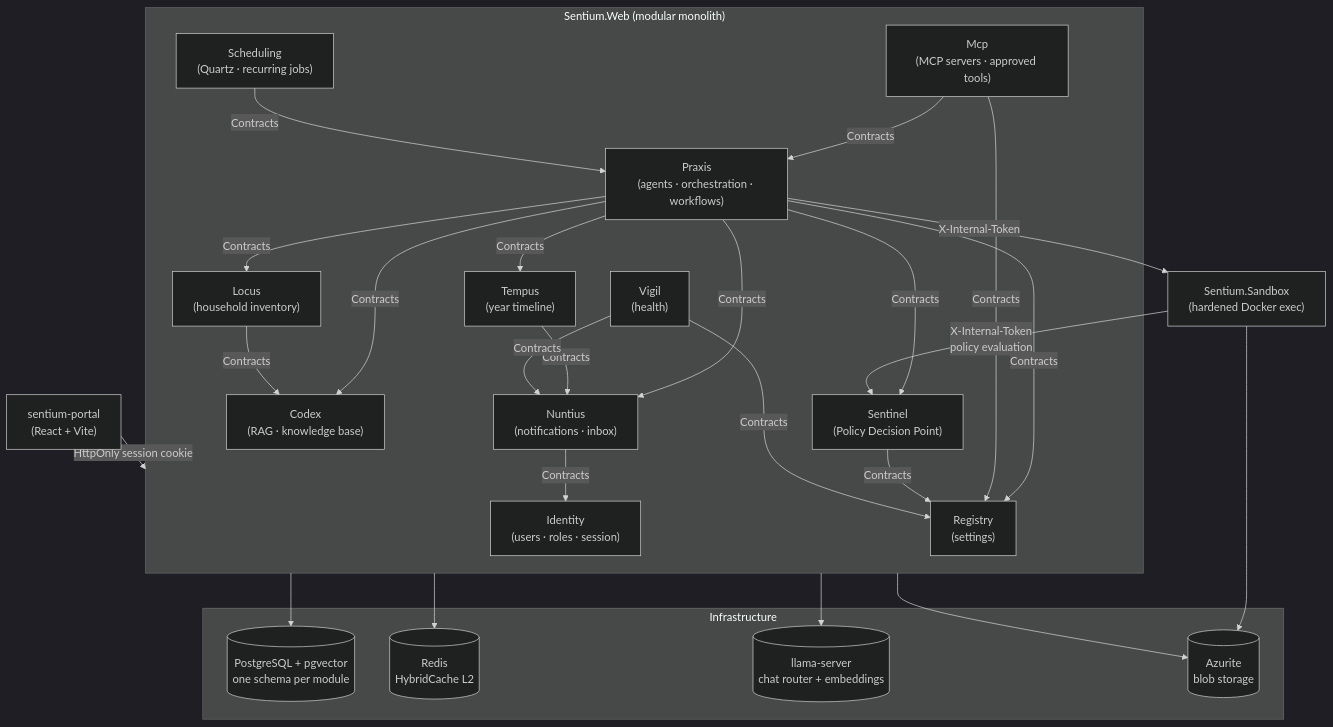
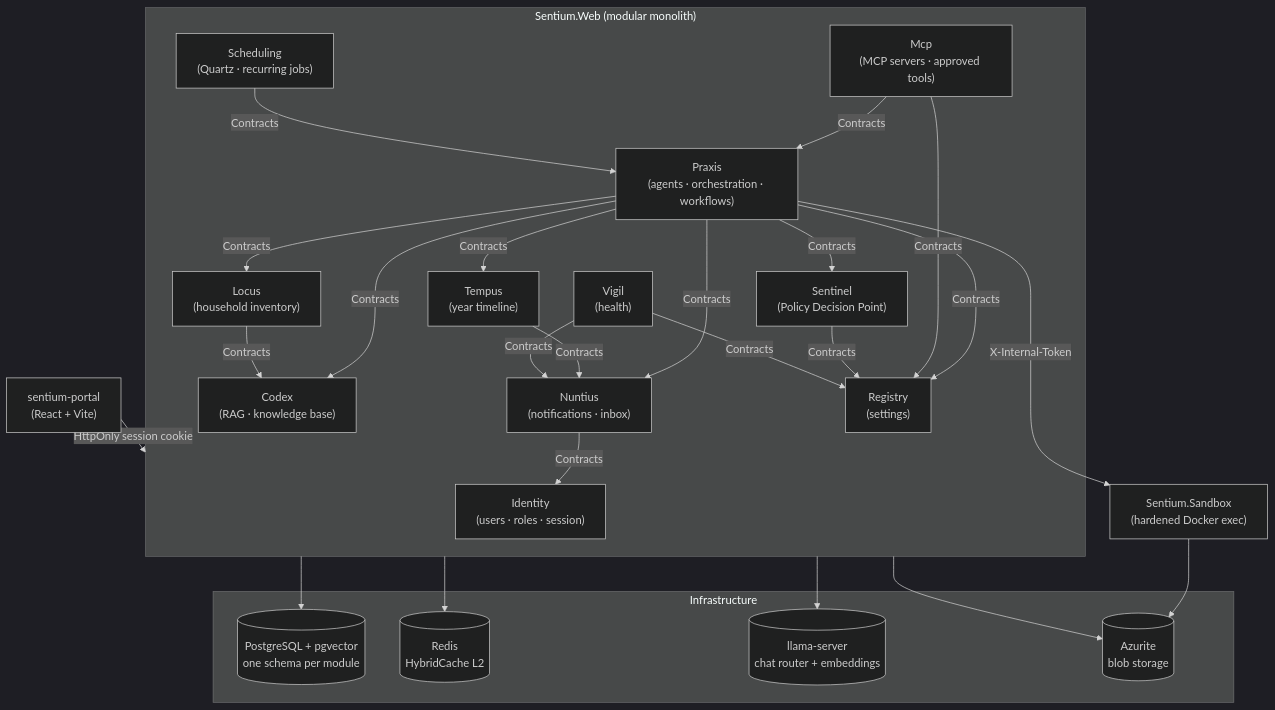
The diagram in README.md (mihailshterev/sentium), drawn with Mermaid (dark theme) before and after one commit. The commit also changed other lines of this file and 36 other files, not shown here.

Commit message:
refactor(security): authorize sandbox runs in-process and isolate sidecars on internal networks (#192)

````diff
--- a/README.md
+++ b/README.md
@@ -59,42 +59,41 @@
 ```mermaid
 flowchart TB
     Portal["sentium-portal<br/>(React + Vite)"]
 
     Portal -->|HttpOnly session cookie| Web
 
     subgraph Web["Sentium.Web (modular monolith)"]
         Identity["Identity<br/>(users · roles · session)"]
         Praxis["Praxis<br/>(agents · orchestration · workflows)"]
         Mcp["Mcp<br/>(MCP servers · approved tools)"]
         Scheduling["Scheduling<br/>(Quartz · recurring jobs)"]
         Codex["Codex<br/>(RAG · knowledge base)"]
         Locus["Locus<br/>(household inventory)"]
         Tempus["Tempus<br/>(year timeline)"]
         Nuntius["Nuntius<br/>(notifications · inbox)"]
         Sentinel["Sentinel<br/>(Policy Decision Point)"]
         Registry["Registry<br/>(settings)"]
         Vigil["Vigil<br/>(health)"]
     end
 
     Praxis -->|Contracts| Codex & Sentinel & Registry & Locus & Tempus & Nuntius
     Mcp -->|Contracts| Praxis & Registry
     Scheduling -->|Contracts| Praxis
     Locus -->|Contracts| Codex
     Tempus -->|Contracts| Nuntius
     Nuntius -->|Contracts| Identity
     Sentinel -->|Contracts| Registry
     Vigil -->|Contracts| Registry & Nuntius
 
     Praxis -->|X-Internal-Token| Sandbox["Sentium.Sandbox<br/>(hardened Docker exec)"]
-    Sandbox -->|X-Internal-Token<br/>policy evaluation| Sentinel
 
     subgraph Infrastructure
         PG[("PostgreSQL + pgvector<br/>one schema per module")]
         Redis[("Redis<br/>HybridCache L2")]
         LLM[("llama-server<br/>chat router + embeddings")]
         Blobs[("Azurite<br/>blob storage")]
     end
 
     Web --> PG & Redis & LLM & Blobs
     Sandbox --> Blobs
 ```
````
